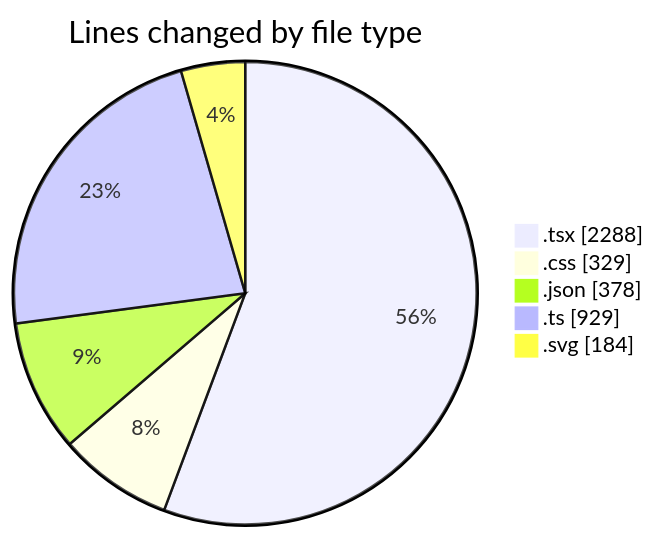
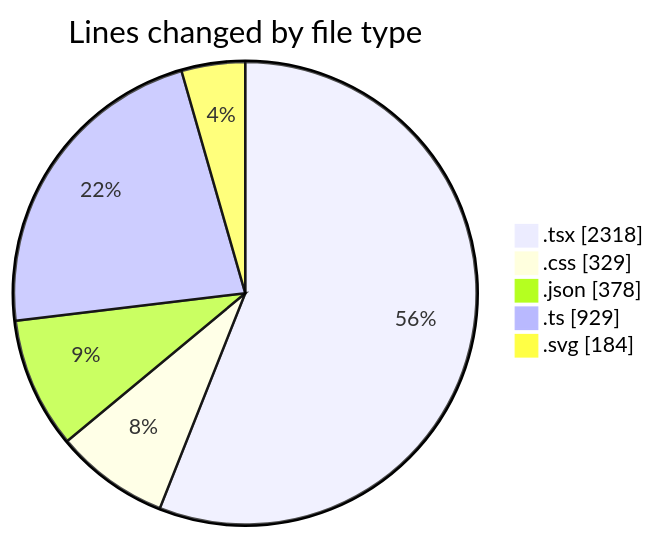
One commit to julien-gomy/code-tracking changed the first of 2 diagrams in 2025-10-10/eventscop-frontend-guide__workspace_/README.md. Above: the diagram before and after it, drawn with Mermaid. The commit also changed other lines of this file and 1 other file, not shown here.

````diff
--- a/2025-10-10/eventscop-frontend-guide__workspace_/README.md
+++ b/2025-10-10/eventscop-frontend-guide__workspace_/README.md
@@ -39,9 +40,9 @@
 ```mermaid
 pie showData
 title Lines changed by file type
-".tsx" : 2288
+".tsx" : 2318
 ".css" : 329
 ".json" : 378
 ".ts" : 929
 ".svg" : 184
 ```
````
